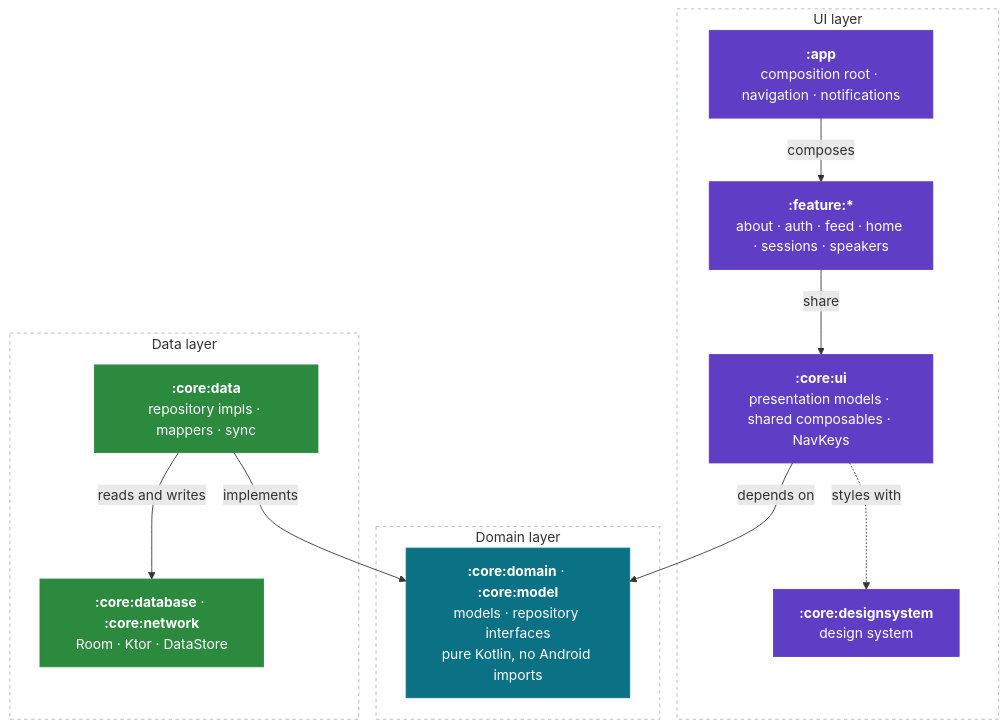
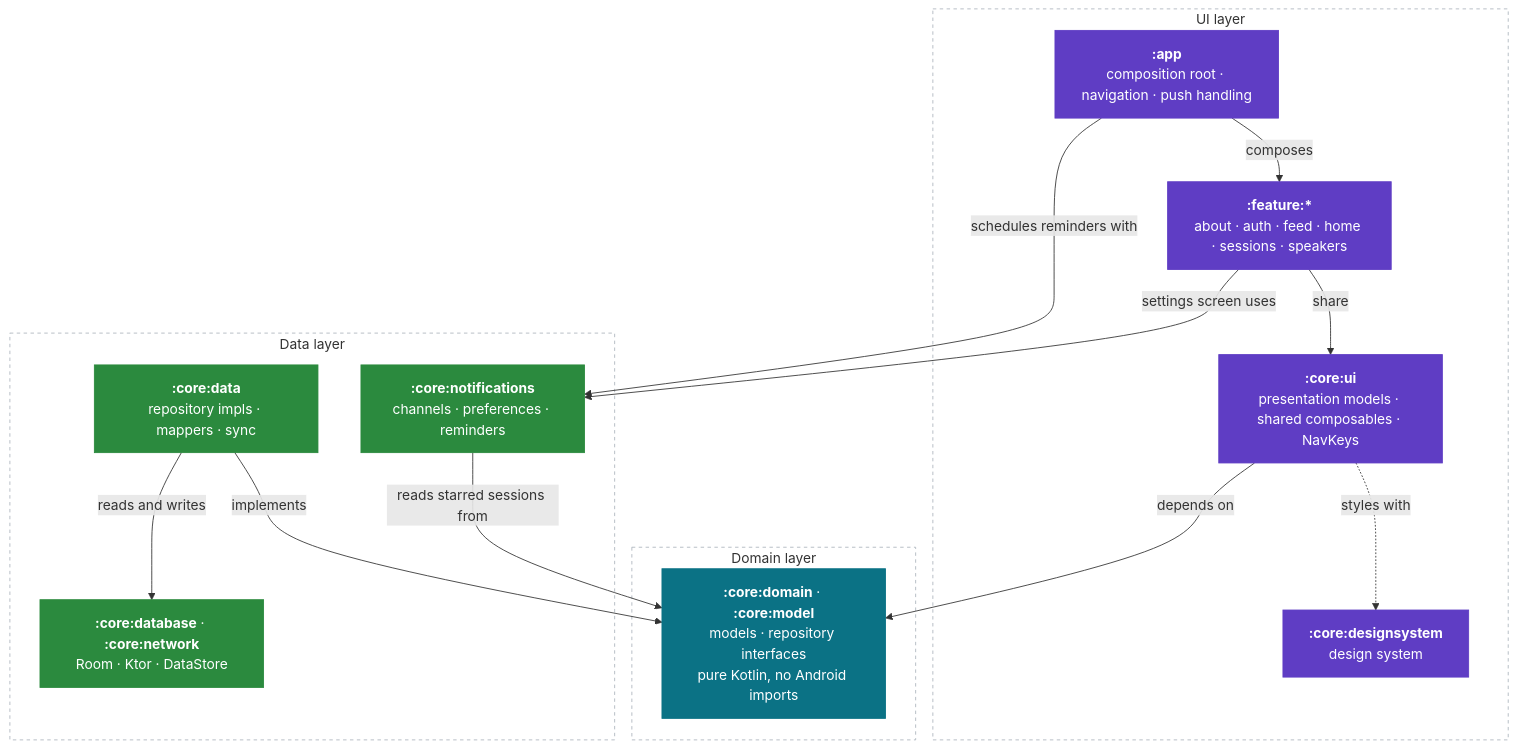
One commit to droidconKE/droidconKeKotlin changed the first of 3 diagrams in docs/architecture.md. Above: the diagram before and after it, drawn with Mermaid. The commit also changed other lines of this file and 76 other files, not shown here.

````diff
--- a/docs/architecture.md
+++ b/docs/architecture.md
@@ -24,36 +24,41 @@
 ```mermaid
 graph TD
     subgraph L1["UI layer"]
-        APP["<b>:app</b><br/>composition root · navigation · notifications"]
+        APP["<b>:app</b><br/>composition root · navigation · push handling"]
         FEAT["<b>:feature:*</b><br/>about · auth · feed · home · sessions · speakers"]
         UIL["<b>:core:ui</b><br/>presentation models · shared composables · NavKeys"]
         CHAI["<b>:core:designsystem</b><br/>design system"]
     end
 
     subgraph L2["Domain layer"]
         DOML["<b>:core:domain</b> · <b>:core:model</b><br/>models · repository interfaces<br/>pure Kotlin, no Android imports"]
     end
 
     subgraph L3["Data layer"]
         DATAL["<b>:core:data</b><br/>repository impls · mappers · sync"]
         SRC["<b>:core:database</b> · <b>:core:network</b><br/>Room · Ktor · DataStore"]
+        NOTIF["<b>:core:notifications</b><br/>channels · preferences · reminders"]
     end
 
     APP -->|"composes"| FEAT
     FEAT -->|"share"| UIL
     UIL -->|"depends on"| DOML
     UIL -.->|"styles with"| CHAI
     DATAL -->|"implements"| DOML
     DATAL -->|"reads and writes"| SRC
+    NOTIF -->|"reads starred sessions from"| DOML
+    APP -->|"schedules reminders with"| NOTIF
+    FEAT -->|"settings screen uses"| NOTIF
 
     style DOML fill:#0b7285,stroke:#0b7285,color:#ffffff
     style APP fill:#5f3dc4,stroke:#5f3dc4,color:#ffffff
     style FEAT fill:#5f3dc4,stroke:#5f3dc4,color:#ffffff
     style UIL fill:#5f3dc4,stroke:#5f3dc4,color:#ffffff
     style CHAI fill:#5f3dc4,stroke:#5f3dc4,color:#ffffff
     style DATAL fill:#2b8a3e,stroke:#2b8a3e,color:#ffffff
     style SRC fill:#2b8a3e,stroke:#2b8a3e,color:#ffffff
+    style NOTIF fill:#2b8a3e,stroke:#2b8a3e,color:#ffffff
     style L1 fill:#ffffff,stroke:#adb5bd,stroke-dasharray:4 4
     style L2 fill:#ffffff,stroke:#adb5bd,stroke-dasharray:4 4
     style L3 fill:#ffffff,stroke:#adb5bd,stroke-dasharray:4 4
 ```
````
